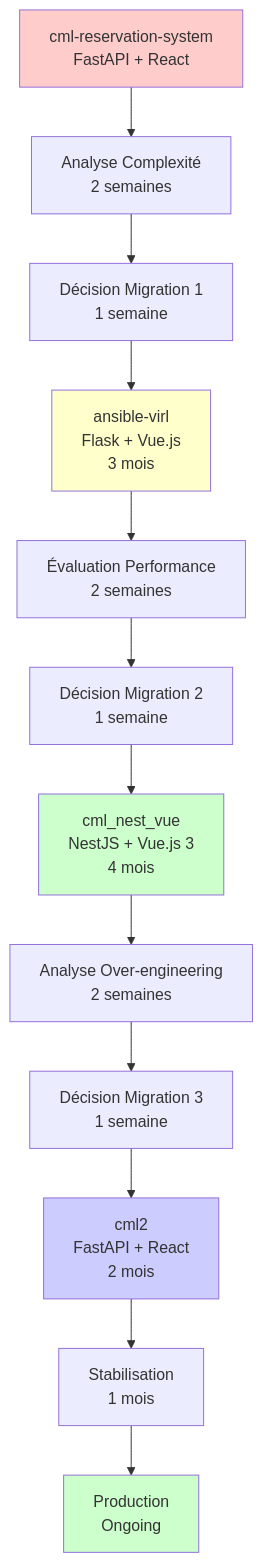
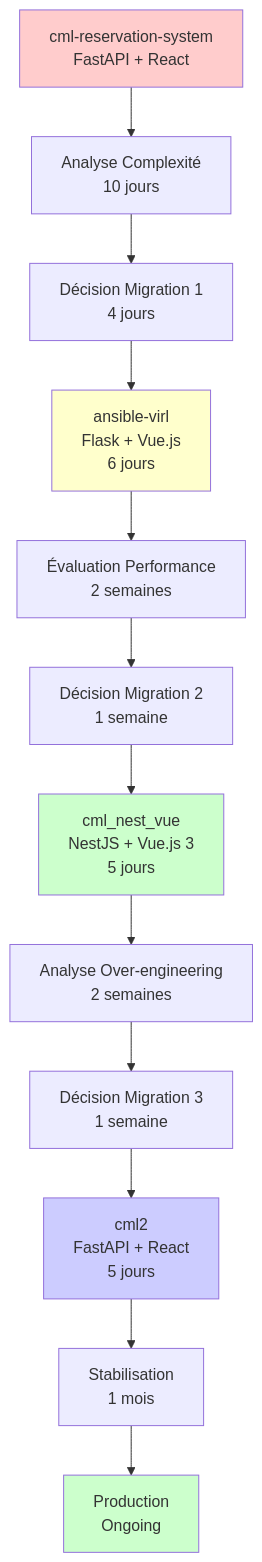
One commit to KONDRONETWORKS/RAPPORTS changed the second of 15 diagrams in v.0.1_STRUCTURE.md. Above: the diagram before and after it, drawn with Mermaid.

````diff
--- a/v.0.1_STRUCTURE.md
+++ b/v.0.1_STRUCTURE.md
@@ -88,23 +88,23 @@
 ```mermaid
 graph TD
-    A[cml-reservation-system<br/>FastAPI + React] --> B[Analyse Complexité<br/>2 semaines]
-    B --> C[Décision Migration 1<br/>1 semaine]
-    C --> D[ansible-virl<br/>Flask + Vue.js<br/>3 mois]
+    A[cml-reservation-system<br/>FastAPI + React] --> B[Analyse Complexité<br/>10 jours]
+    B --> C[Décision Migration 1<br/>4 jours]
+    C --> D[ansible-virl<br/>Flask + Vue.js<br/>6 jours]
     
     D --> E[Évaluation Performance<br/>2 semaines]
     E --> F[Décision Migration 2<br/>1 semaine]
-    F --> G[cml_nest_vue<br/>NestJS + Vue.js 3<br/>4 mois]
+    F --> G[cml_nest_vue<br/>NestJS + Vue.js 3<br/>5 jours]
     
     G --> H[Analyse Over-engineering<br/>2 semaines]
     H --> I[Décision Migration 3<br/>1 semaine]
-    I --> J[cml2<br/>FastAPI + React<br/>2 mois]
+    I --> J[cml2<br/>FastAPI + React<br/>5 jours]
     
     J --> K[Stabilisation<br/>1 mois]
     K --> L[Production<br/>Ongoing]
     
     style A fill:#ffcccc
     style D fill:#ffffcc
     style G fill:#ccffcc
     style J fill:#ccccff
     style L fill:#ccffcc
 ```
````
